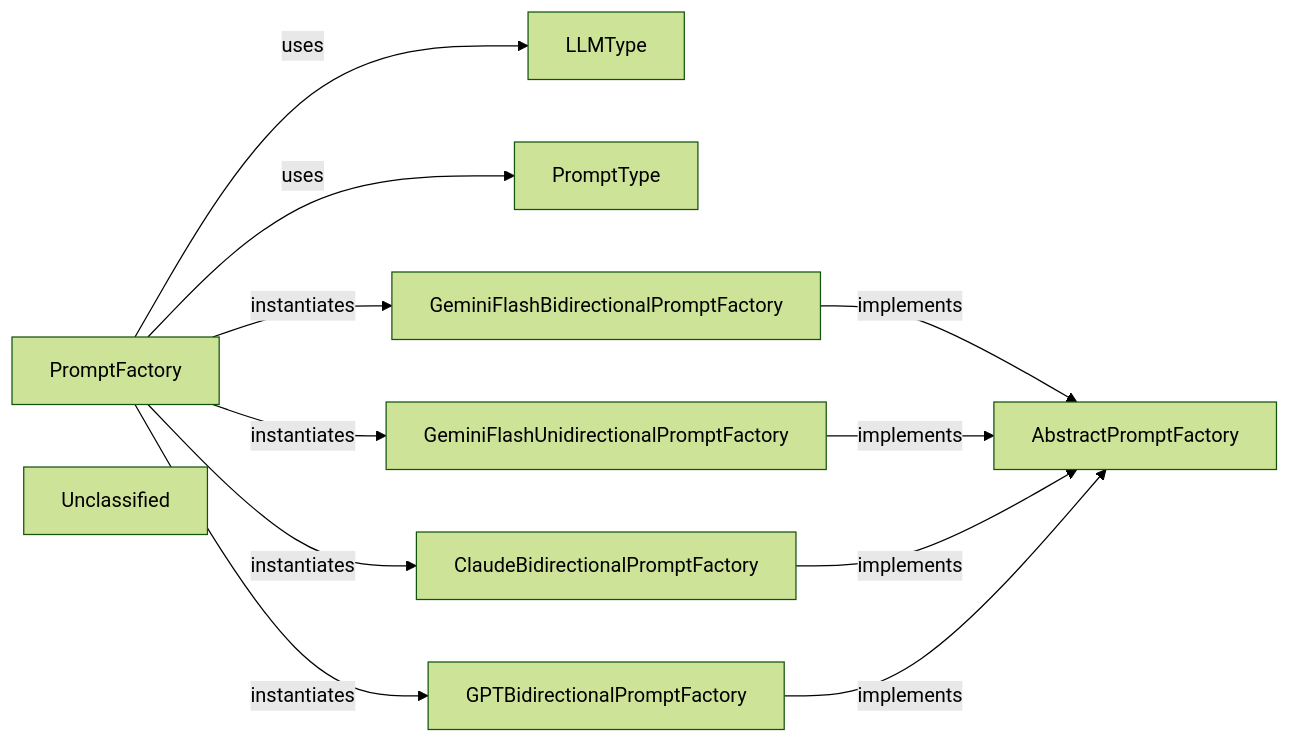
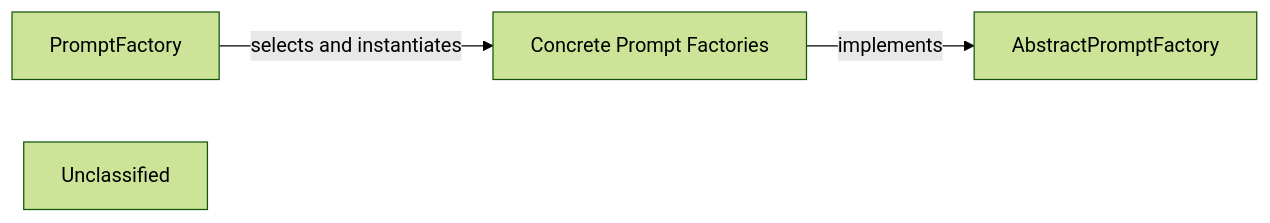
One commit to CodeBoarding/CodeBoarding changed the diagram in .codeboarding/LLM_Prompt_Factory.md. Above: the diagram before and after it, drawn with Mermaid (forest theme). The commit also changed other lines of this file and 19 other files, not shown here.

First line of the commit message:
docs: update codeboarding documentation and generate architecture

````diff
--- a/.codeboarding/LLM_Prompt_Factory.md
+++ b/.codeboarding/LLM_Prompt_Factory.md
@@ -1,22 +1,9 @@
 ```mermaid
 graph LR
     PromptFactory["PromptFactory"]
     AbstractPromptFactory["AbstractPromptFactory"]
-    LLMType["LLMType"]
-    PromptType["PromptType"]
-    GeminiFlashBidirectionalPromptFactory["GeminiFlashBidirectionalPromptFactory"]
-    GeminiFlashUnidirectionalPromptFactory["GeminiFlashUnidirectionalPromptFactory"]
-    ClaudeBidirectionalPromptFactory["ClaudeBidirectionalPromptFactory"]
-    GPTBidirectionalPromptFactory["GPTBidirectionalPromptFactory"]
+    Concrete_Prompt_Factories["Concrete Prompt Factories"]
     Unclassified["Unclassified"]
-    PromptFactory -- "uses" --> LLMType
-    PromptFactory -- "uses" --> PromptType
-    PromptFactory -- "instantiates" --> GeminiFlashBidirectionalPromptFactory
-    PromptFactory -- "instantiates" --> GeminiFlashUnidirectionalPromptFactory
-    PromptFactory -- "instantiates" --> ClaudeBidirectionalPromptFactory
-    PromptFactory -- "instantiates" --> GPTBidirectionalPromptFactory
-    GeminiFlashBidirectionalPromptFactory -- "implements" --> AbstractPromptFactory
-    GeminiFlashUnidirectionalPromptFactory -- "implements" --> AbstractPromptFactory
-    ClaudeBidirectionalPromptFactory -- "implements" --> AbstractPromptFactory
-    GPTBidirectionalPromptFactory -- "implements" --> AbstractPromptFactory
+    PromptFactory -- "selects and instantiates" --> Concrete_Prompt_Factories
+    Concrete_Prompt_Factories -- "implements" --> AbstractPromptFactory
 ```
````
